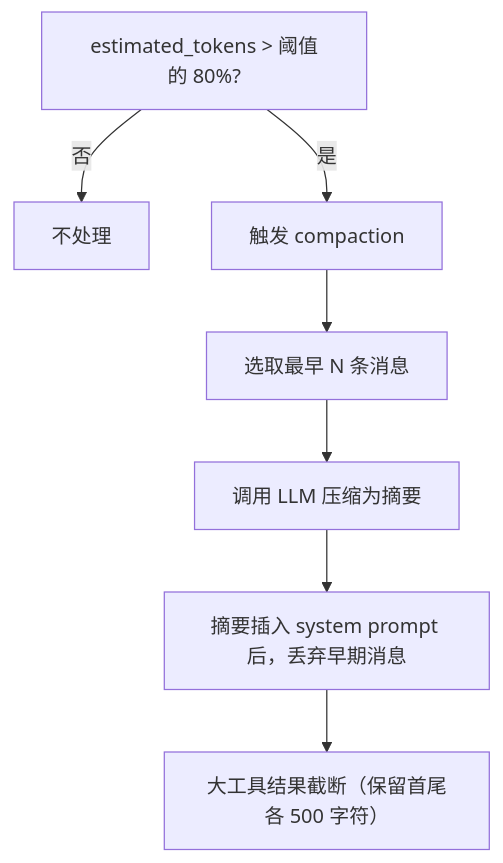
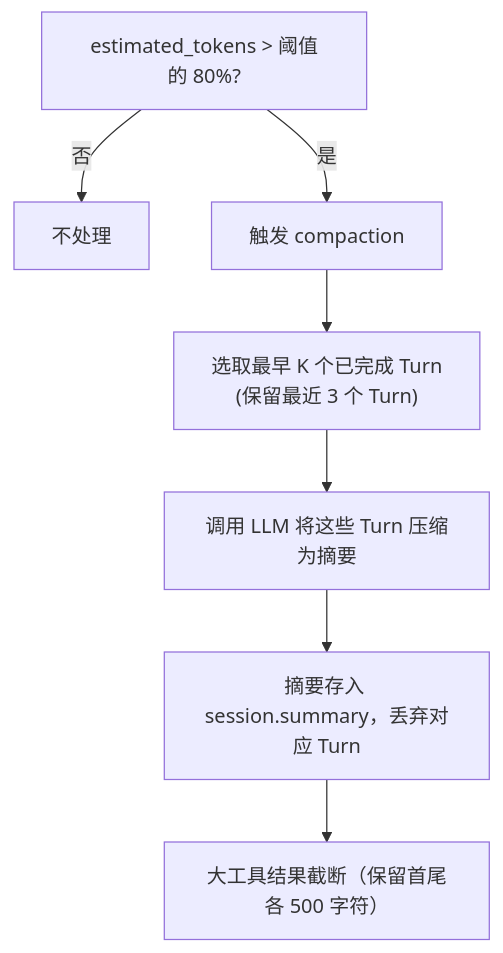
One commit to CheneyYin/emergence changed the ninth of 14 diagrams in docs/superpowers/specs/2026-05-04-emergence-design.md. Above: the diagram before and after it, drawn with Mermaid. The commit also changed other lines of this file, not shown here.

Commit message:
design: add Turn abstraction to session management and TUI rendering

````diff
--- a/docs/superpowers/specs/2026-05-04-emergence-design.md
+++ b/docs/superpowers/specs/2026-05-04-emergence-design.md
@@ -470,10 +579,10 @@
 ```mermaid
 flowchart TD
     Check["estimated_tokens > 阈值的 80%?"]
     Check -->|"否"| NoOp["不处理"]
     Check -->|"是"| Compact["触发 compaction"]
-    Compact --> Extract["选取最早 N 条消息"]
-    Extract --> Summarize["调用 LLM 压缩为摘要"]
-    Summarize --> Replace["摘要插入 system prompt 后，丢弃早期消息"]
+    Compact --> Select["选取最早 K 个已完成 Turn\n(保留最近 3 个 Turn)"]
+    Select --> Summarize["调用 LLM 将这些 Turn 压缩为摘要"]
+    Summarize --> Replace["摘要存入 session.summary，丢弃对应 Turn"]
     Replace --> Trim["大工具结果截断（保留首尾各 500 字符）"]
 ```
````
